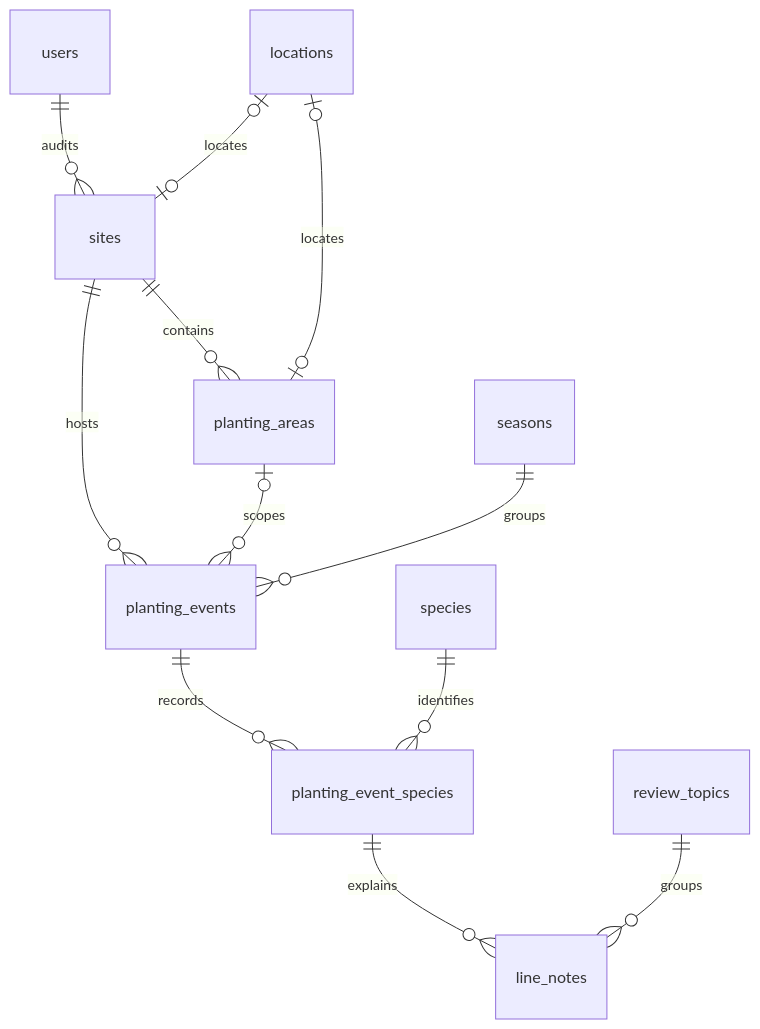
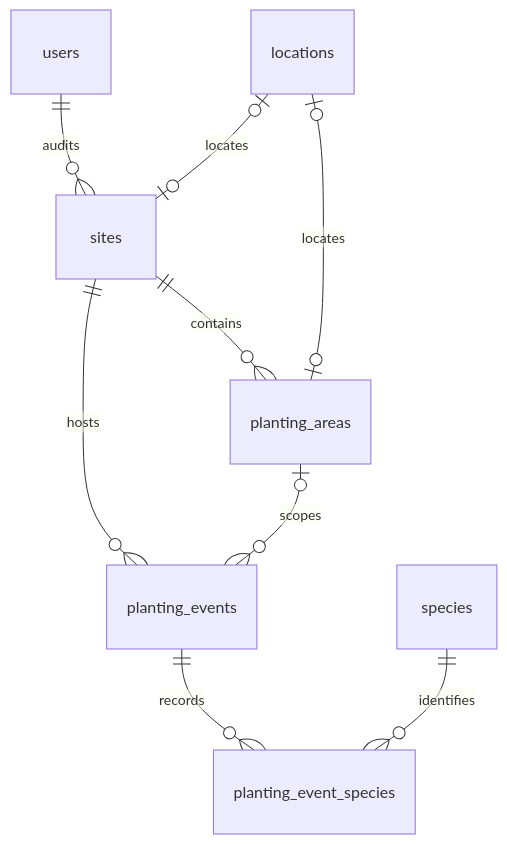
One commit to qtn-community-tech-lab/whakatipu-planting-records changed the diagram in db/README.md. Above: the diagram before and after it, drawn with Mermaid. The commit also changed other lines of this file and 13 other files, not shown here.

````diff
--- a/db/README.md
+++ b/db/README.md
@@ -17,14 +17,11 @@
 ```mermaid
 erDiagram
   users ||--o{ sites : audits
   sites ||--o{ planting_areas : contains
   sites ||--o{ planting_events : hosts
   locations |o--o| sites : locates
   locations |o--o| planting_areas : locates
   planting_areas |o--o{ planting_events : scopes
-  seasons ||--o{ planting_events : groups
   planting_events ||--o{ planting_event_species : records
   species ||--o{ planting_event_species : identifies
-  planting_event_species ||--o{ line_notes : explains
-  review_topics ||--o{ line_notes : groups
 ```
````
